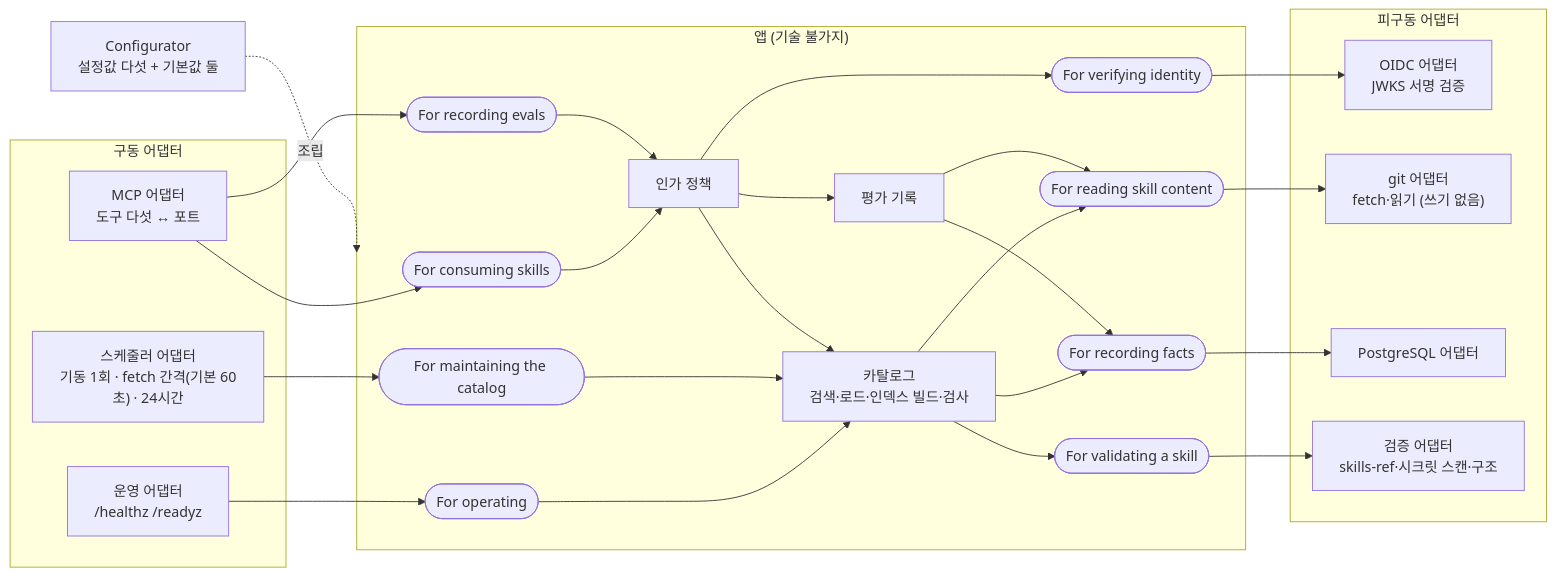
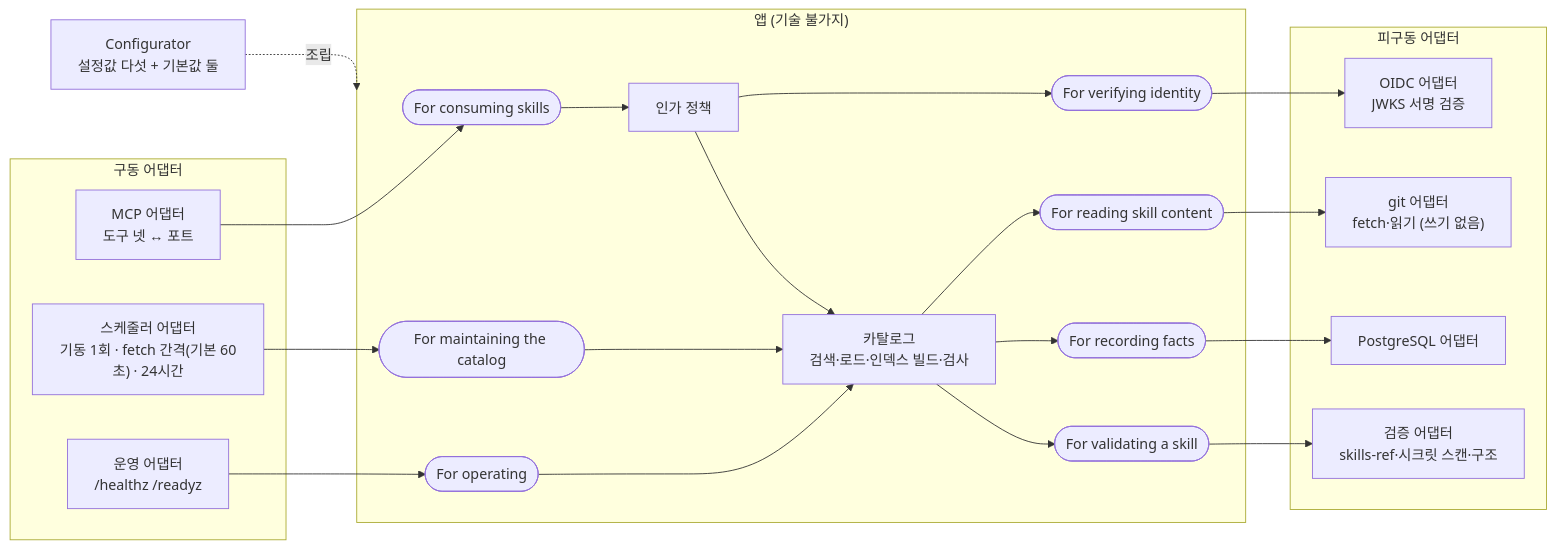
Before and after one commit to alteralab/harness-catalog: the second of 4 diagrams in DESIGN.md, drawn with Mermaid. The commit also changed other lines of this file and 5 other files, not shown here.

````diff
--- a/DESIGN.md
+++ b/DESIGN.md
@@ -82,49 +85,42 @@
 ```mermaid
 flowchart LR
     subgraph DRIVING["구동 어댑터"]
-        MCPA["MCP 어댑터<br/>도구 다섯 ↔ 포트"]
+        MCPA["MCP 어댑터<br/>도구 넷 ↔ 포트"]
         OPSA["운영 어댑터<br/>/healthz /readyz"]
         SCHED["스케줄러 어댑터<br/>기동 1회 · fetch 간격(기본 60초) · 24시간"]
     end
     subgraph APP["앱 (기술 불가지)"]
         P1(["For consuming skills"])
-        P2(["For recording evals"])
         P3(["For operating"])
         P8(["For maintaining the catalog"])
         AUTHZ["인가 정책"]
         CATALOG["카탈로그<br/>검색·로드·인덱스 빌드·검사"]
-        EVALS["평가 기록"]
         P4(["For verifying identity"])
         P5(["For reading skill content"])
         P6(["For recording facts"])
         P7(["For validating a skill"])
     end
     subgraph DRIVEN["피구동 어댑터"]
         OIDCA["OIDC 어댑터<br/>JWKS 서명 검증"]
         GITA["git 어댑터<br/>fetch·읽기 (쓰기 없음)"]
         PGA["PostgreSQL 어댑터"]
         VALA["검증 어댑터<br/>skills-ref·시크릿 스캔·구조"]
     end
     CONF["Configurator<br/>설정값 다섯 + 기본값 둘"]
     MCPA --> P1
-    MCPA --> P2
     OPSA --> P3
     SCHED --> P8
     P3 --> CATALOG
     P8 --> CATALOG
     P1 --> AUTHZ
-    P2 --> AUTHZ
     AUTHZ --> CATALOG
-    AUTHZ --> EVALS
     AUTHZ --> P4
     CATALOG --> P5
     CATALOG --> P6
     CATALOG --> P7
-    EVALS --> P5
-    EVALS --> P6
     P4 --> OIDCA
     P5 --> GITA
     P6 --> PGA
     P7 --> VALA
     CONF -. "조립" .-> APP
 ```
````
